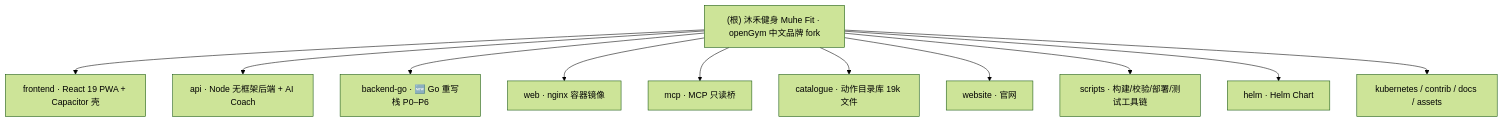
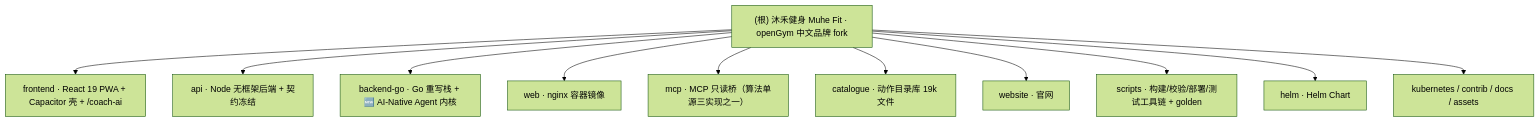
One commit to changzhi777/openGym changed the diagram in CLAUDE.md. Above: the diagram before and after it, drawn with Mermaid (forest theme). The commit also changed other lines of this file and 5 other files, not shown here.

````diff
--- a/CLAUDE.md
+++ b/CLAUDE.md
@@ -58,23 +81,23 @@
 ```mermaid
 graph TD
-    ROOT["(根) 沐禾健身 Muhe Fit · openGym 中文品牌 fork"] --> FE["frontend · React 19 PWA + Capacitor 壳"]
-    ROOT --> API["api · Node 无框架后端 + AI Coach"]
-    ROOT --> GO["backend-go · 🆕 Go 重写栈 P0–P6"]
+    ROOT["(根) 沐禾健身 Muhe Fit · openGym 中文品牌 fork"] --> FE["frontend · React 19 PWA + Capacitor 壳 + /coach-ai"]
+    ROOT --> API["api · Node 无框架后端 + 契约冻结"]
+    ROOT --> GO["backend-go · Go 重写栈 + 🆕 AI-Native Agent 内核"]
     ROOT --> WEB["web · nginx 容器镜像"]
-    ROOT --> MCP["mcp · MCP 只读桥"]
+    ROOT --> MCP["mcp · MCP 只读桥（算法单源三实现之一）"]
     ROOT --> CAT["catalogue · 动作目录库 19k 文件"]
     ROOT --> SITE["website · 官网"]
-    ROOT --> SCRIPTS["scripts · 构建/校验/部署/测试工具链"]
+    ROOT --> SCRIPTS["scripts · 构建/校验/部署/测试工具链 + golden"]
     ROOT --> HELM["helm · Helm Chart"]
     ROOT --> DEPLOY["kubernetes / contrib / docs / assets"]
 
     click FE "./frontend/CLAUDE.md" "查看 frontend 模块文档"
     click API "./api/CLAUDE.md" "查看 api 模块文档"
     click GO "./backend-go/CLAUDE.md" "查看 backend-go 模块文档"
     click WEB "./web/CLAUDE.md" "查看 web 模块文档"
     click MCP "./mcp/CLAUDE.md" "查看 mcp 模块文档"
     click CAT "./catalogue/CLAUDE.md" "查看 catalogue 模块文档"
     click SITE "./website/CLAUDE.md" "查看 website 模块文档"
     click SCRIPTS "./scripts/CLAUDE.md" "查看 scripts 模块文档"
     click HELM "./helm/CLAUDE.md" "查看 helm 模块文档"
 ```
````
